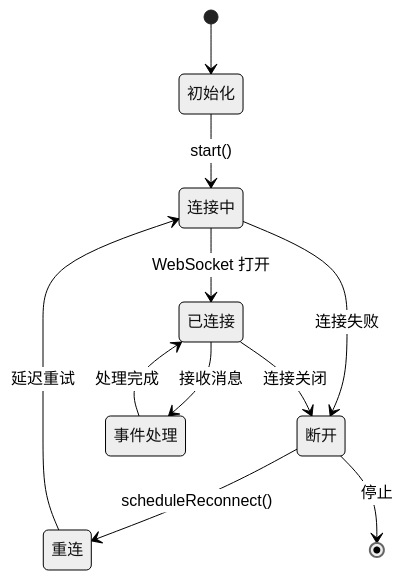
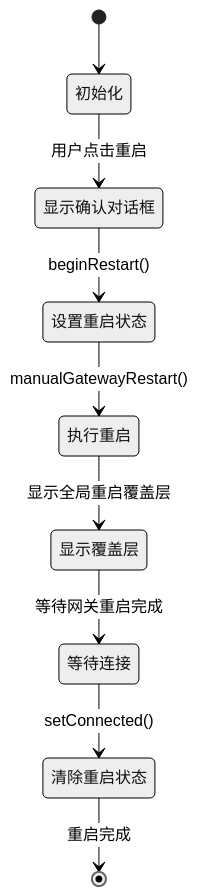
The fifth of 8 diagrams in .qoder/repowiki/zh/content/Web界面/UI组件系统/网关状态指示器.md (verse-ai-org/openclaw), drawn with Mermaid (neutral theme) before and after one commit. The commit also changed other lines of this file and 19 other files, not shown here.

````diff
--- a/.qoder/repowiki/zh/content/Web界面/UI组件系统/网关状态指示器.md
+++ b/.qoder/repowiki/zh/content/Web界面/UI组件系统/网关状态指示器.md
@@ -209,13 +263,11 @@
 ```mermaid
 stateDiagram-v2
 [*] --> 初始化
-初始化 --> 连接中 : start()
-连接中 --> 已连接 : WebSocket 打开
-连接中 --> 断开 : 连接失败
-已连接 --> 事件处理 : 接收消息
-事件处理 --> 已连接 : 处理完成
-已连接 --> 断开 : 连接关闭
-断开 --> 重连 : scheduleReconnect()
-重连 --> 连接中 : 延迟重试
-断开 --> [*] : 停止
+初始化 --> 显示确认对话框 : 用户点击重启
+显示确认对话框 --> 设置重启状态 : beginRestart()
+设置重启状态 --> 执行重启 : manualGatewayRestart()
+执行重启 --> 显示覆盖层 : 显示全局重启覆盖层
+显示覆盖层 --> 等待连接 : 等待网关重启完成
+等待连接 --> 清除重启状态 : setConnected()
+清除重启状态 --> [*] : 重启完成
 ```
````
